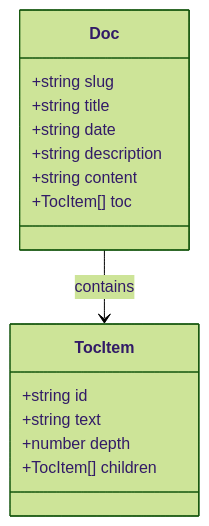
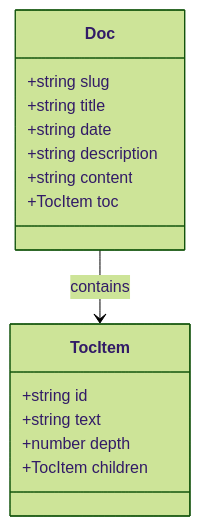
One commit to thonatos/project-v changed the third of 3 diagrams in packages/apps/docs-app/app/docs/getting-started.md. Above: the diagram before and after it, drawn with Mermaid (forest theme).

Commit message:
fix: remove array type syntax from mermaid classDiagram
Mermaid 11.x does not support TocItem[] array type notation

````diff
--- a/packages/apps/docs-app/app/docs/getting-started.md
+++ b/packages/apps/docs-app/app/docs/getting-started.md
@@ -98,18 +98,18 @@
 ```mermaid
 classDiagram
     class Doc {
         +string slug
         +string title
         +string date
         +string description
         +string content
-        +TocItem[] toc
+        +TocItem toc
     }
     class TocItem {
         +string id
         +string text
         +number depth
-        +TocItem[] children
+        +TocItem children
     }
     Doc --> TocItem : contains
 ```
````
